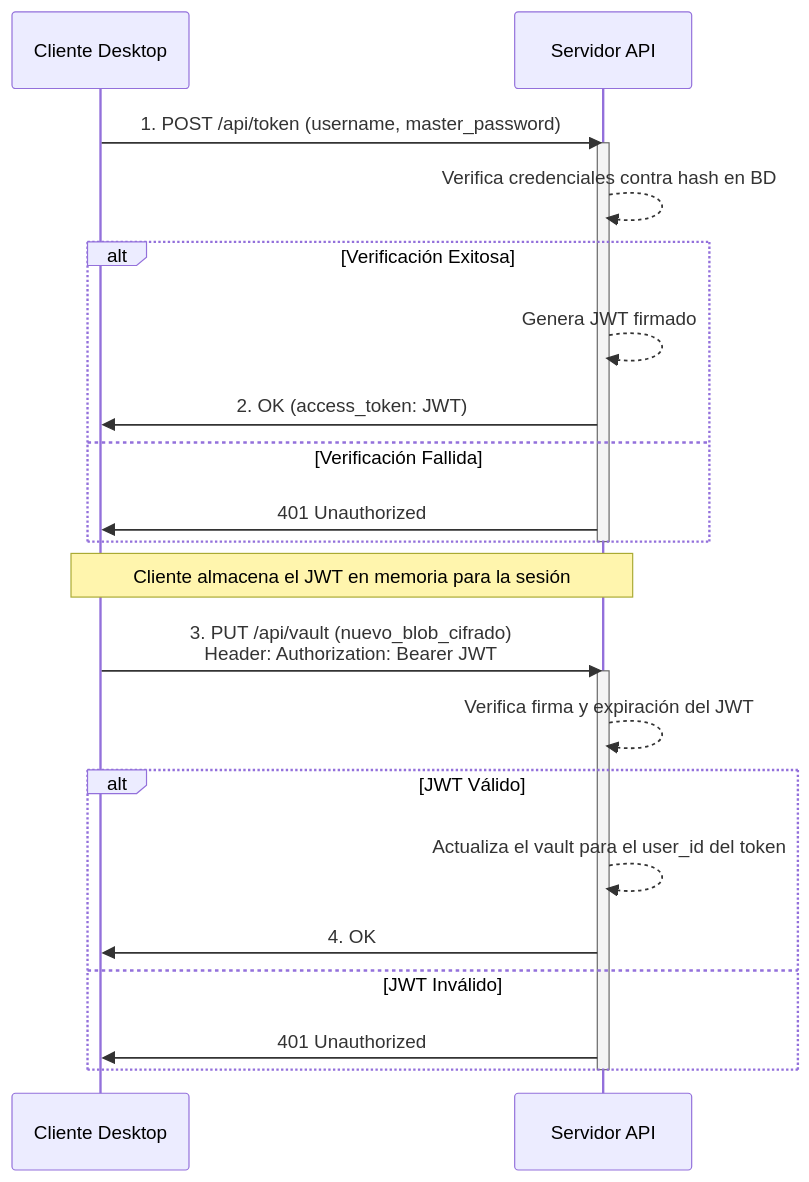
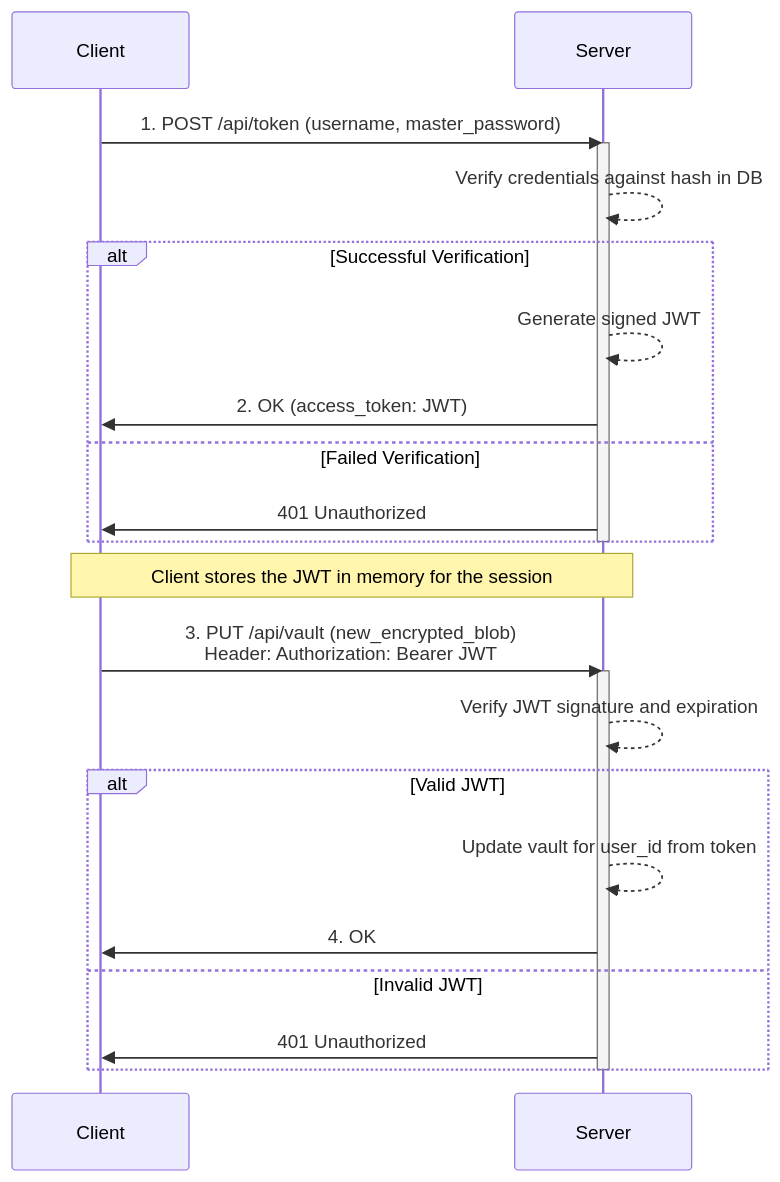
The second of 4 diagrams in README.md (DavidHerencia/password_manager_crypto), drawn with Mermaid before and after one commit. The commit also changed other lines of this file and 10 other files, not shown here.

````diff
--- a/README.md
+++ b/README.md
@@ -99,29 +106,30 @@
 ```mermaid
 sequenceDiagram
-    participant C as Cliente Desktop
-    participant S as Servidor API
+    participant C as Client
+    participant S as Server
 
     C->>S: 1. POST /api/token (username, master_password)
     activate S
-    S-->>S: Verifica credenciales contra hash en BD
-    alt Verificación Exitosa
-        S-->>S: Genera JWT firmado
+    S-->>S: Verify credentials against hash in DB
+    alt Successful Verification
+        S-->>S: Generate signed JWT
         S->>C: 2. OK (access_token: JWT)
-    else Verificación Fallida
+    else Failed Verification
         S->>C: 401 Unauthorized
     end
     deactivate S
 
-    Note over C,S: Cliente almacena el JWT en memoria para la sesión
+    Note over C,S: Client stores the JWT in memory for the session
 
-    C->>S: 3. PUT /api/vault (nuevo_blob_cifrado)<br/>Header: Authorization: Bearer JWT
+    C->>S: 3. PUT /api/vault (new_encrypted_blob)<br/>Header: Authorization: Bearer JWT
     activate S
-    S-->>S: Verifica firma y expiración del JWT
-    alt JWT Válido
-        S-->>S: Actualiza el vault para el user_id del token
+    S-->>S: Verify JWT signature and expiration
+    alt Valid JWT
+        S-->>S: Update vault for user_id from token
         S->>C: 4. OK
-    else JWT Inválido
+    else Invalid JWT
         S->>C: 401 Unauthorized
     end
     deactivate S
+
 ```
````
